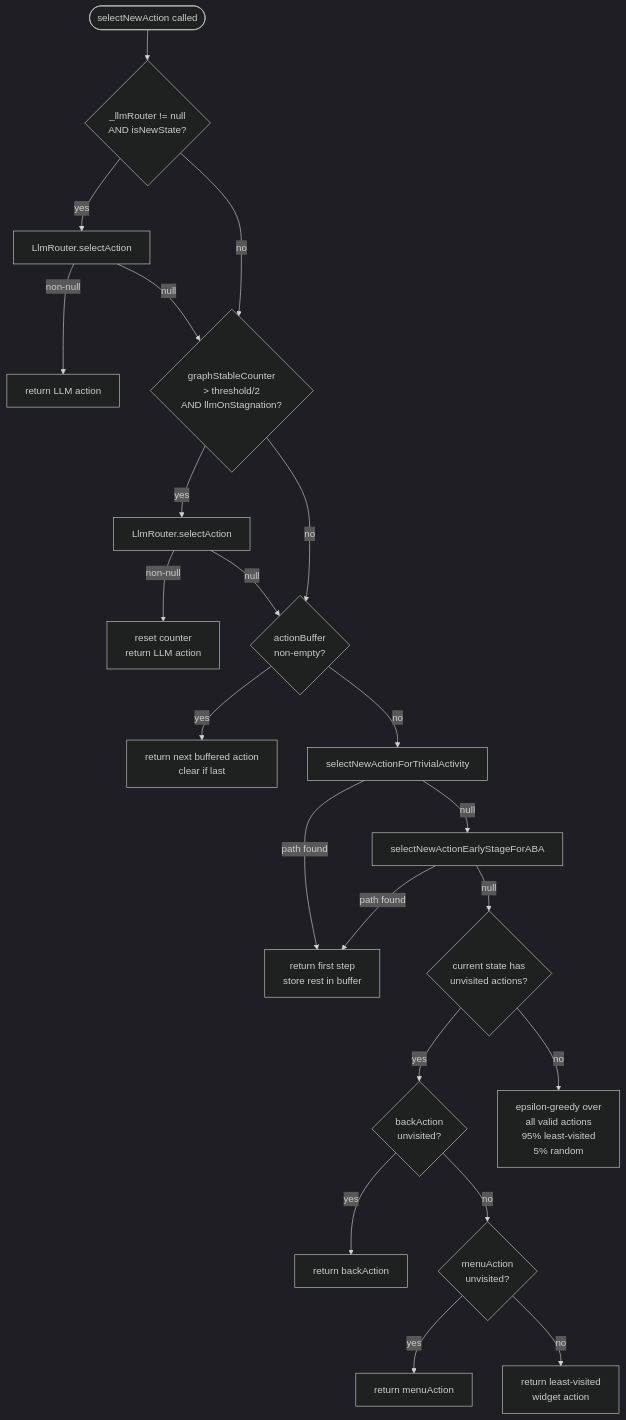
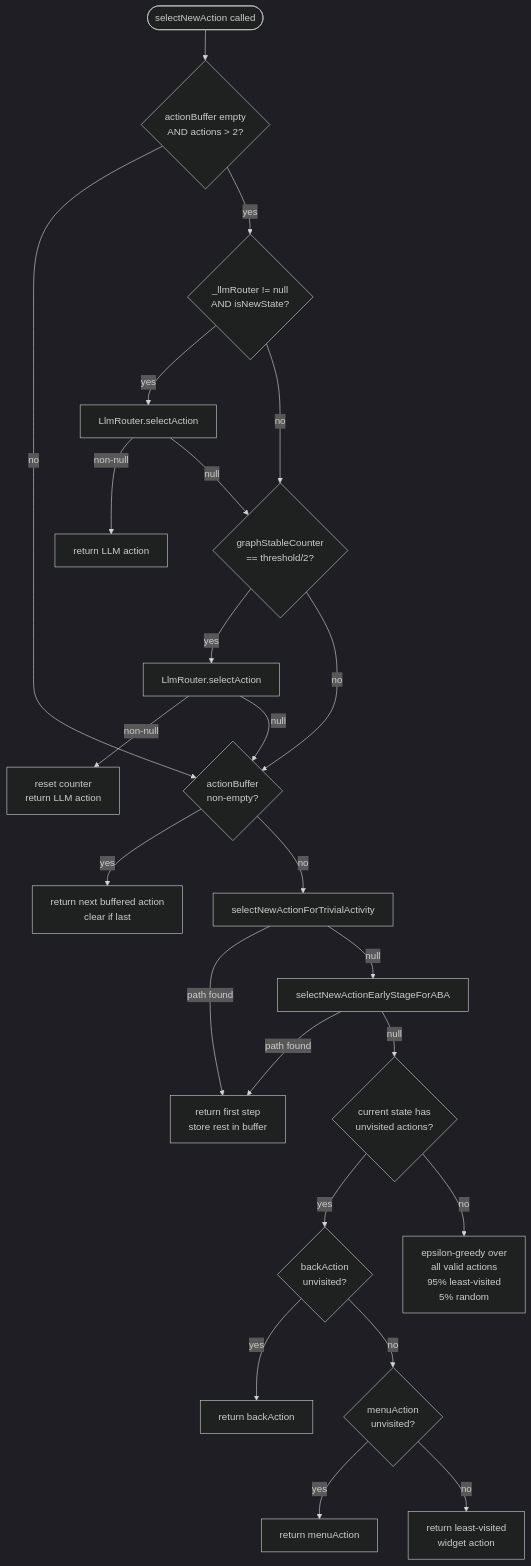
Before and after one commit to phtcosta/ape: the diagram in openspec/changes/gh6-aperv-llm-integration/specs/exploration/spec.md, drawn with Mermaid (dark theme). The commit also changed other lines of this file and 22 other files, not shown here.

````diff
--- a/openspec/changes/gh6-aperv-llm-integration/specs/exploration/spec.md
+++ b/openspec/changes/gh6-aperv-llm-integration/specs/exploration/spec.md
@@ -133,24 +137,26 @@
 ```mermaid
 flowchart TD
-    START([selectNewAction called]) --> LLM_NEW{_llmRouter != null\nAND isNewState?}
+    START([selectNewAction called]) --> BUF_GUARD{actionBuffer empty\nAND actions > 2?}
+    BUF_GUARD -->|no| BUFFER
+    BUF_GUARD -->|yes| LLM_NEW{_llmRouter != null\nAND isNewState?}
     LLM_NEW -->|yes| LLM_CALL1[LlmRouter.selectAction]
     LLM_CALL1 -->|non-null| LLM_RET[return LLM action]
     LLM_CALL1 -->|null| LLM_STAG
-    LLM_NEW -->|no| LLM_STAG{graphStableCounter\n> threshold/2\nAND llmOnStagnation?}
+    LLM_NEW -->|no| LLM_STAG{graphStableCounter\n== threshold/2?}
     LLM_STAG -->|yes| LLM_CALL2[LlmRouter.selectAction]
     LLM_CALL2 -->|non-null| LLM_STAG_RET[reset counter\nreturn LLM action]
     LLM_CALL2 -->|null| BUFFER
     LLM_STAG -->|no| BUFFER{actionBuffer\nnon-empty?}
     BUFFER -->|yes| BUFFERED[return next buffered action\nclear if last]
     BUFFER -->|no| TRIVIAL[selectNewActionForTrivialActivity]
     TRIVIAL -->|path found| PATH[return first step\nstore rest in buffer]
     TRIVIAL -->|null| ABA[selectNewActionEarlyStageForABA]
     ABA -->|path found| PATH
     ABA -->|null| UNVISITED{current state has\nunvisited actions?}
     UNVISITED -->|yes| BACK{backAction\nunvisited?}
     BACK -->|yes| RET_BACK[return backAction]
     BACK -->|no| MENU{menuAction\nunvisited?}
     MENU -->|yes| RET_MENU[return menuAction]
     MENU -->|no| WIDGET[return least-visited\nwidget action]
     UNVISITED -->|no| GREEDY[epsilon-greedy over\nall valid actions\n95% least-visited\n5% random]
 ```
````
